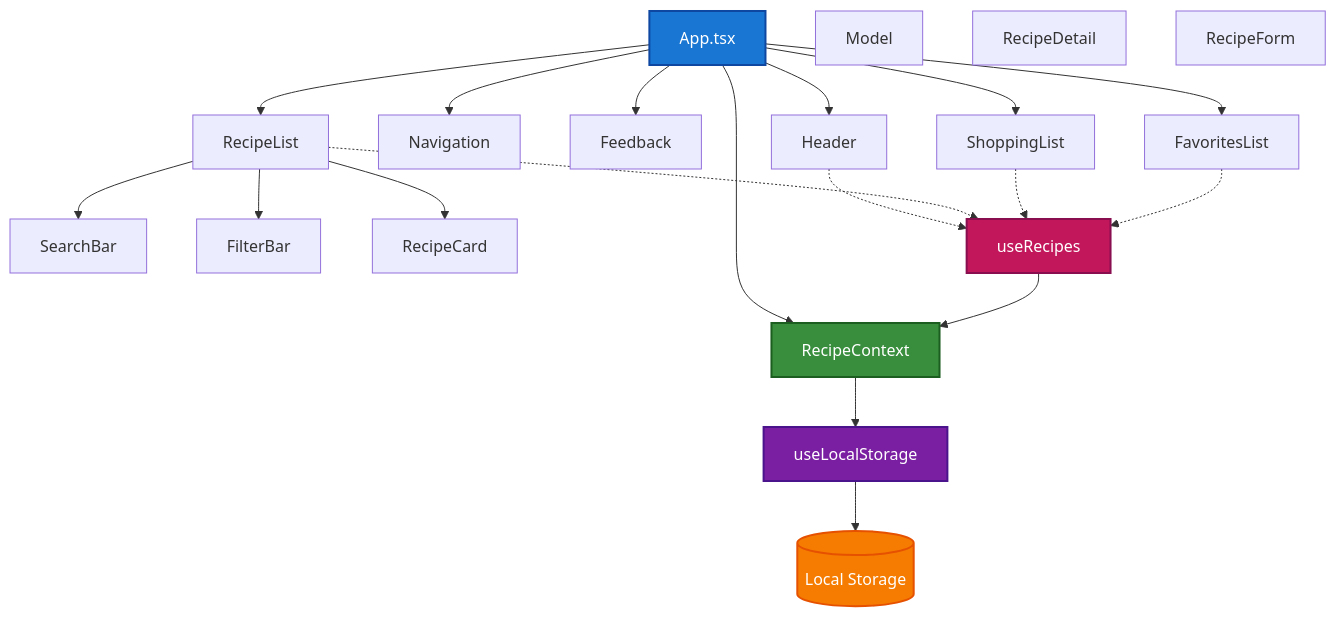
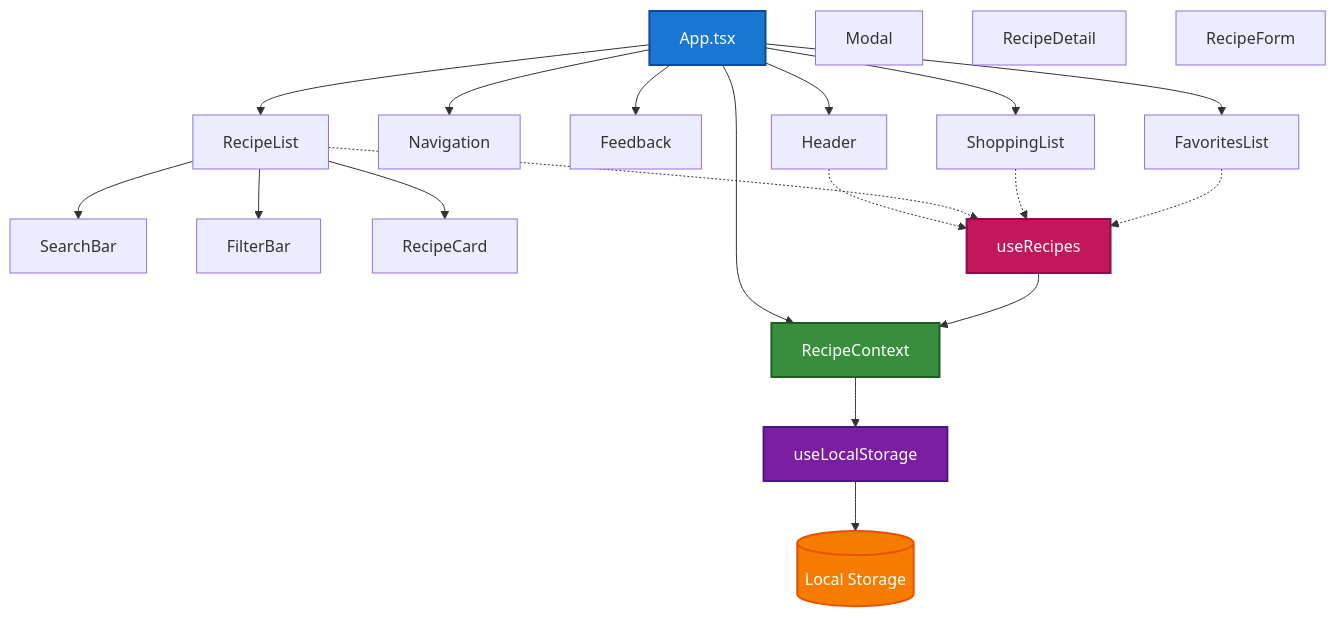
The first of 14 diagrams in README.md (jajecnikmarci/kliensoldali-NHF), drawn with Mermaid before and after one commit. The commit also changed other lines of this file, not shown here.

````diff
--- a/README.md
+++ b/README.md
@@ -82,52 +82,52 @@
 ```mermaid
 flowchart TD
     App[App.tsx]
     Context[RecipeContext]
     
     Header[Header]
     Navigation[Navigation]
     SearchBar[SearchBar]
     FilterBar[FilterBar]
-    Model[Model]
+    Modal[Modal]
     Feedback[Feedback]
     
     RecipeList[RecipeList]
     RecipeCard[RecipeCard]
     RecipeDetail[RecipeDetail]
     RecipeForm[RecipeForm]
     
     ShoppingList[ShoppingList]
     FavoritesList[FavoritesList]
     
     useLocalStorage[useLocalStorage]
     useRecipes[useRecipes]
     
     LS[(Local Storage)]
     
     App --> Context
     App --> Header
     App --> Navigation
     App --> Feedback
     App --> RecipeList
     App --> ShoppingList
     App --> FavoritesList
     
     RecipeList --> RecipeCard
     RecipeList --> SearchBar
     RecipeList --> FilterBar
     
     Context --> useLocalStorage
     useLocalStorage --> LS
     
     Header -.-> useRecipes
     RecipeList -.-> useRecipes
     ShoppingList -.-> useRecipes
     FavoritesList -.-> useRecipes
     useRecipes --> Context
     
     style App fill:#1976d2,stroke:#0d47a1,stroke-width:2px,color:#fff
     style Context fill:#388e3c,stroke:#1b5e20,stroke-width:2px,color:#fff
     style LS fill:#f57c00,stroke:#e65100,stroke-width:2px,color:#fff
     style useLocalStorage fill:#7b1fa2,stroke:#4a148c,stroke-width:2px,color:#fff
     style useRecipes fill:#c2185b,stroke:#880e4f,stroke-width:2px,color:#fff
 ```
````
